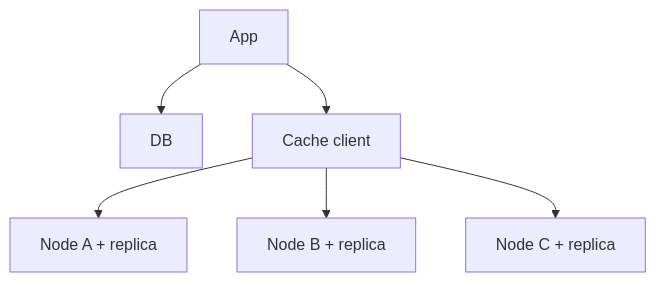
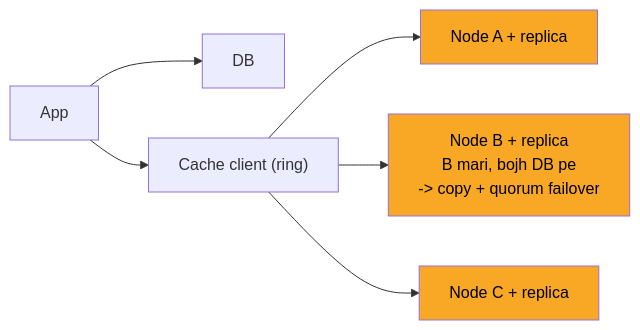
One commit to ArpanMaheshwari144/Prep changed the fourth of 8 diagrams in 04_HLD/SYSTEM_DESIGNS/10_distributed_cache/10_distributed_cache.md. Above: the diagram before and after it, drawn with Mermaid. The commit also changed other lines of this file and 2 other files, not shown here.

Commit message:
news, bookmyshow, cache: one-day story, short cards, follow-ups with rules, highlighted diagrams

````diff
--- a/04_HLD/SYSTEM_DESIGNS/10_distributed_cache/10_distributed_cache.md
+++ b/04_HLD/SYSTEM_DESIGNS/10_distributed_cache/10_distributed_cache.md
@@ -182,14 +186,17 @@
 ```mermaid
-flowchart TD
+flowchart LR
     n_App["App"]
     n_DB["DB"]
-    n_Cache_client["Cache client"]
+    n_Cache_client["Cache client (ring)"]
     n_Node_A_replica["Node A + replica"]
-    n_Node_B_replica["Node B + replica"]
+    n_Node_B_replica["Node B + replica<br/>B mari, bojh DB pe<br/>-> copy + quorum failover"]
     n_Node_C_replica["Node C + replica"]
     n_App --> n_DB
     n_App --> n_Cache_client
     n_Cache_client --> n_Node_A_replica
     n_Cache_client --> n_Node_B_replica
     n_Cache_client --> n_Node_C_replica
+    style n_Node_A_replica fill:#f9a825,color:#000
+    style n_Node_B_replica fill:#f9a825,color:#000
+    style n_Node_C_replica fill:#f9a825,color:#000
 ```
````
